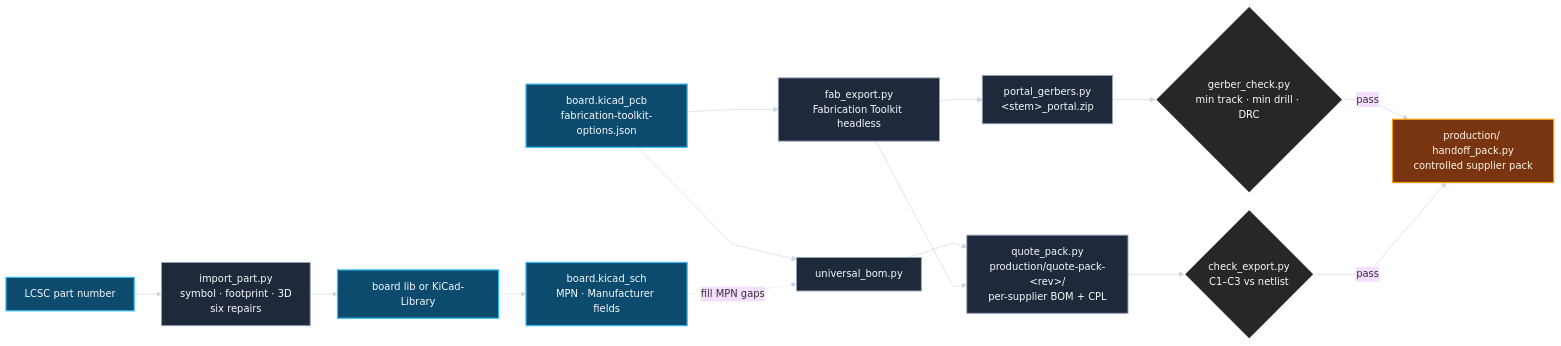
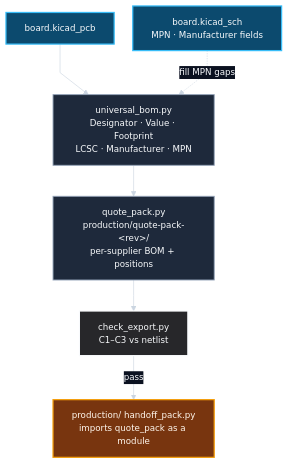
One commit to incutec-org/hardware-tooling changed the fifth of 7 diagrams in OVERVIEW.md. Above: the diagram before and after it, drawn with Mermaid. The commit also changed other lines of this file, not shown here.

````diff
--- a/OVERVIEW.md
+++ b/OVERVIEW.md
@@ -163,31 +177,21 @@
 ```mermaid
-%%{init: {"theme": "base", "themeVariables": {"background": "#0b1120", "lineColor": "#cbd5e1", "fontFamily": "Inter, ui-sans-serif, system-ui"}, "flowchart": {"curve": "linear", "nodeSpacing": 26, "rankSpacing": 44}}}%%
-flowchart LR
-    PCB["board.kicad_pcb<br/>fabrication-toolkit-options.json"]
+%%{init: {"theme": "base", "themeVariables": {"background": "#0b1120", "lineColor": "#cbd5e1", "primaryTextColor": "#f8fafc", "edgeLabelBackground": "#0b1120", "fontSize": "14px"}, "flowchart": {"curve": "linear", "nodeSpacing": 30, "rankSpacing": 50}}}%%
+flowchart TB
+    PCB["board.kicad_pcb"]
     SCH["board.kicad_sch<br/>MPN · Manufacturer fields"]
-
-    PCB --> FT["fab_export.py<br/>Fabrication Toolkit headless"]
-    PCB --> UB["universal_bom.py"]
+    PCB --> UB["universal_bom.py<br/>Designator · Value · Footprint<br/>LCSC · Manufacturer · MPN"]
     SCH -.->|"fill MPN gaps"| UB
-    UB --> QP["quote_pack.py<br/>production/quote-pack-&lt;rev&gt;/<br/>per-supplier BOM + CPL"]
-    FT --> QP
-    FT --> PG["portal_gerbers.py<br/>&lt;stem&gt;_portal.zip"]
-    PG --> GC{"gerber_check.py<br/>min track · min drill · DRC"}
-    QP --> CE{"check_export.py<br/>C1–C3 vs netlist"}
-    GC -->|"pass"| HAND["production/ handoff_pack.py<br/>controlled supplier pack"]
-    CE -->|"pass"| HAND
-
-    LC["LCSC part number"] --> IP["import_part.py<br/>symbol · footprint · 3D<br/>six repairs"]
-    IP --> LIB["board lib or KiCad-Library"]
-    LIB -.-> SCH
+    UB --> QP["quote_pack.py<br/>production/quote-pack-&lt;rev&gt;/<br/>per-supplier BOM + positions"]
+    QP --> CE["check_export.py<br/>C1–C3 vs netlist"]
+    CE -->|"pass"| HAND["production/ handoff_pack.py<br/>imports quote_pack as a module"]
 
     classDef input fill:#0c4a6e,stroke:#38bdf8,color:#f8fafc,stroke-width:2px;
     classDef tool fill:#1e293b,stroke:#94a3b8,color:#f8fafc,stroke-width:1.5px;
     classDef gate fill:#27272a,stroke:#f8fafc,color:#f8fafc,stroke-width:2px;
     classDef production fill:#78350f,stroke:#f59e0b,color:#fff7ed,stroke-width:2px;
 
-    class PCB,SCH,LC,LIB input;
-    class FT,UB,QP,PG,IP tool;
-    class GC,CE gate;
+    class PCB,SCH input;
+    class UB,QP tool;
+    class CE gate;
     class HAND production;
 ```
````
